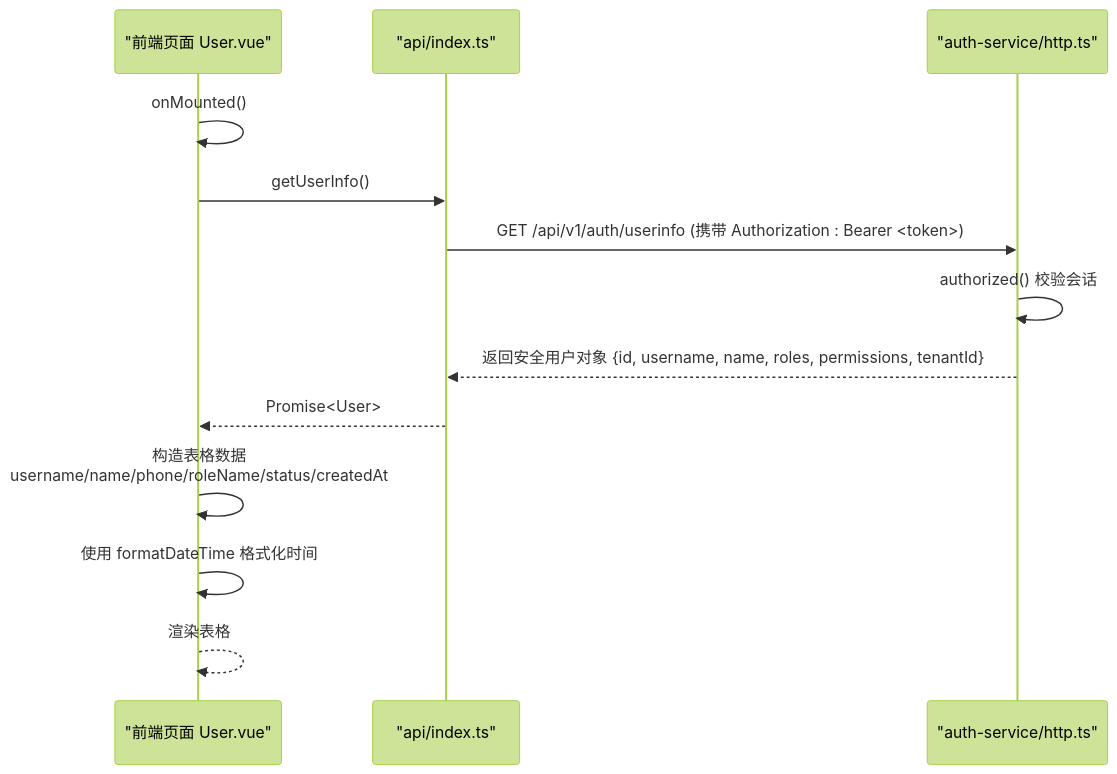
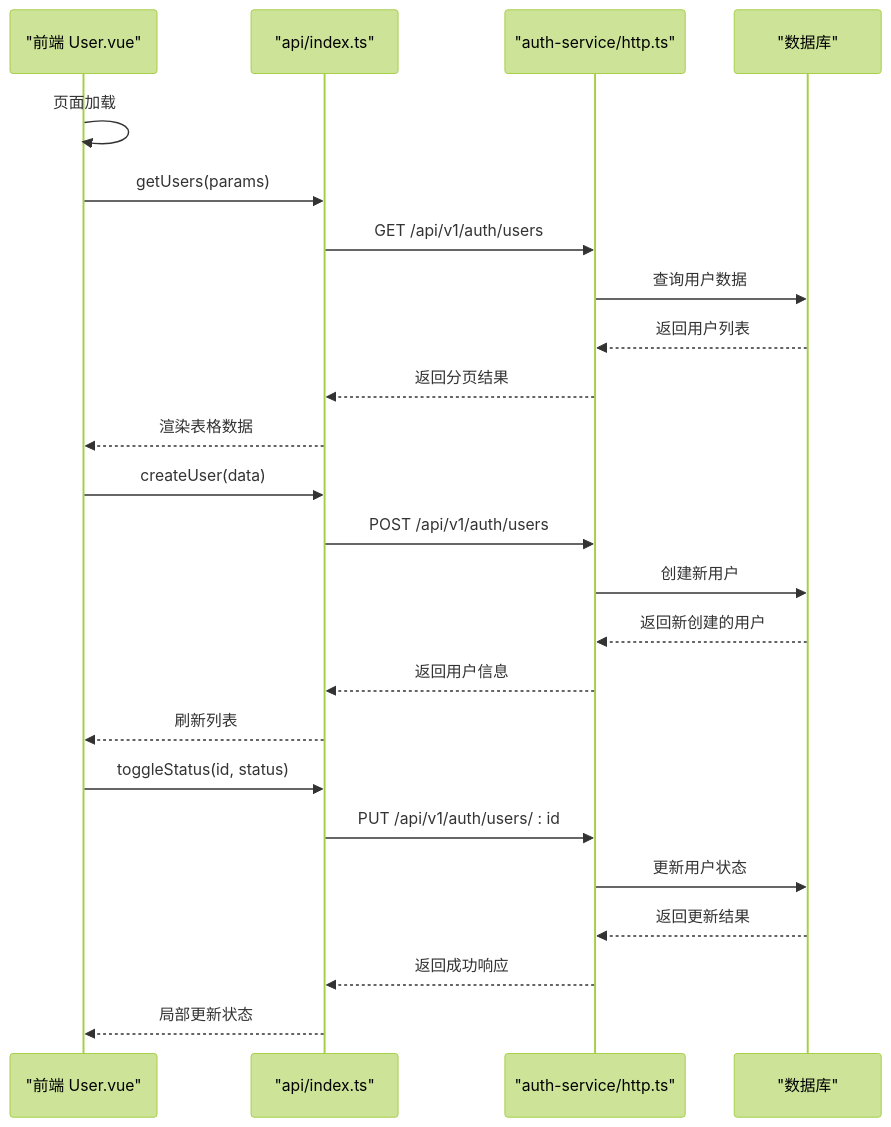
One commit to q446328246/agri-platform changed the second of 7 diagrams in .qoder/repowiki/zh/content/前端应用文档/核心页面/系统管理页面/用户管理.md. Above: the diagram before and after it, drawn with Mermaid (forest theme). The commit also changed other lines of this file and 84 other files, not shown here.

````diff
--- a/.qoder/repowiki/zh/content/前端应用文档/核心页面/系统管理页面/用户管理.md
+++ b/.qoder/repowiki/zh/content/前端应用文档/核心页面/系统管理页面/用户管理.md
@@ -86,15 +104,26 @@
 ```mermaid
 sequenceDiagram
-participant FE as "前端页面 User.vue"
+participant FE as "前端 User.vue"
 participant API as "api/index.ts"
 participant AUTH as "auth-service/http.ts"
-FE->>FE : onMounted()
-FE->>API : getUserInfo()
-API->>AUTH : GET /api/v1/auth/userinfo (携带 Authorization : Bearer <token>)
-AUTH->>AUTH : authorized() 校验会话
-AUTH-->>API : 返回安全用户对象 {id, username, name, roles, permissions, tenantId}
-API-->>FE : Promise<User>
-FE->>FE : 构造表格数据<br/>username/name/phone/roleName/status/createdAt
-FE->>FE : 使用 formatDateTime 格式化时间
-FE-->>FE : 渲染表格
+participant DB as "数据库"
+FE->>FE : 页面加载
+FE->>API : getUsers(params)
+API->>AUTH : GET /api/v1/auth/users
+AUTH->>DB : 查询用户数据
+DB-->>AUTH : 返回用户列表
+AUTH-->>API : 返回分页结果
+API-->>FE : 渲染表格数据
+FE->>API : createUser(data)
+API->>AUTH : POST /api/v1/auth/users
+AUTH->>DB : 创建新用户
+DB-->>AUTH : 返回新创建的用户
+AUTH-->>API : 返回用户信息
+API-->>FE : 刷新列表
+FE->>API : toggleStatus(id, status)
+API->>AUTH : PUT /api/v1/auth/users/ : id
+AUTH->>DB : 更新用户状态
+DB-->>AUTH : 返回更新结果
+AUTH-->>API : 返回成功响应
+API-->>FE : 局部更新状态
 ```
````
